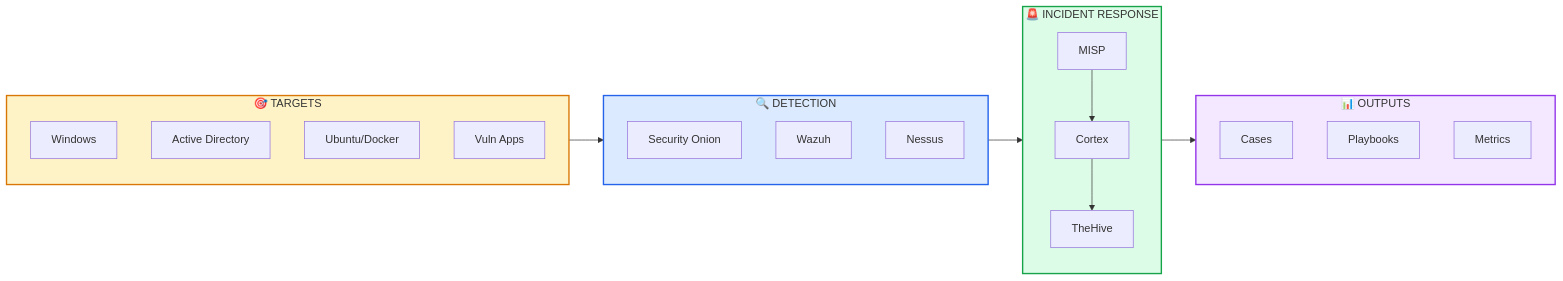
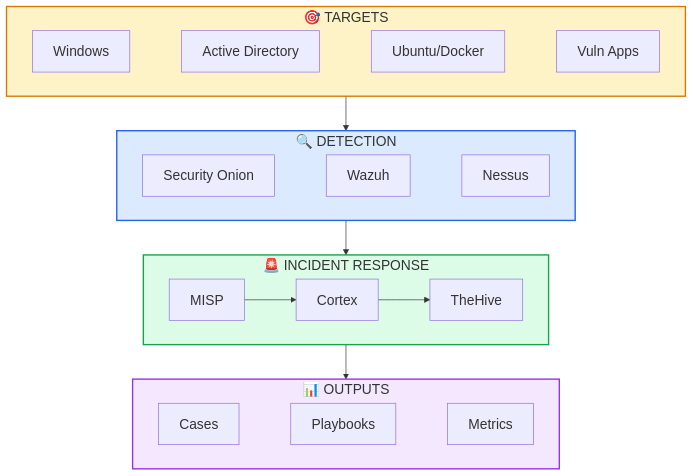
Before and after one commit to Pharns/portfolio: the diagram in docs/cybersecurity/incident-response.md, drawn with Mermaid.

Commit message:
Change Detection & IR diagram to top-down layout with larger fonts
- Switch from LR to TB (top-down) orientation for more horizontal space
- Increase font size from 16px to 20px for better readability
- Use direction LR within subgraphs to arrange items horizontally
- Use invisible links (~~~) for spacing within rows

````diff
--- a/docs/cybersecurity/incident-response.md
+++ b/docs/cybersecurity/incident-response.md
@@ -46,38 +46,32 @@
 ```mermaid
-%%{init: {"themeVariables": {"fontSize": "16px"}}}%%
-flowchart LR
+%%{init: {"themeVariables": {"fontSize": "20px"}}}%%
+flowchart TB
     subgraph TARGETS["🎯 TARGETS"]
-        T1["Windows"]
-        T2["Active Directory"]
-        T3["Ubuntu/Docker"]
-        T4["Vuln Apps"]
+        direction LR
+        T1["Windows"] ~~~ T2["Active Directory"] ~~~ T3["Ubuntu/Docker"] ~~~ T4["Vuln Apps"]
     end
 
     subgraph DETECTION["🔍 DETECTION"]
-        D1["Security Onion"]
-        D2["Wazuh"]
-        D3["Nessus"]
+        direction LR
+        D1["Security Onion"] ~~~ D2["Wazuh"] ~~~ D3["Nessus"]
     end
 
     subgraph IR["🚨 INCIDENT RESPONSE"]
-        I1["TheHive"]
-        I2["Cortex"]
-        I3["MISP"]
+        direction LR
+        I3["MISP"] --> I2["Cortex"] --> I1["TheHive"]
     end
 
     subgraph OUTPUT["📊 OUTPUTS"]
-        O1["Cases"]
-        O2["Playbooks"]
-        O3["Metrics"]
+        direction LR
+        O1["Cases"] ~~~ O2["Playbooks"] ~~~ O3["Metrics"]
     end
 
     TARGETS --> DETECTION
     DETECTION --> IR
-    I3 --> I2 --> I1
     IR --> OUTPUT
 
     style TARGETS fill:#fef3c7,stroke:#d97706,stroke-width:2px
     style DETECTION fill:#dbeafe,stroke:#2563eb,stroke-width:2px
     style IR fill:#dcfce7,stroke:#16a34a,stroke-width:2px
     style OUTPUT fill:#f3e8ff,stroke:#9333ea,stroke-width:2px
 ```
````
